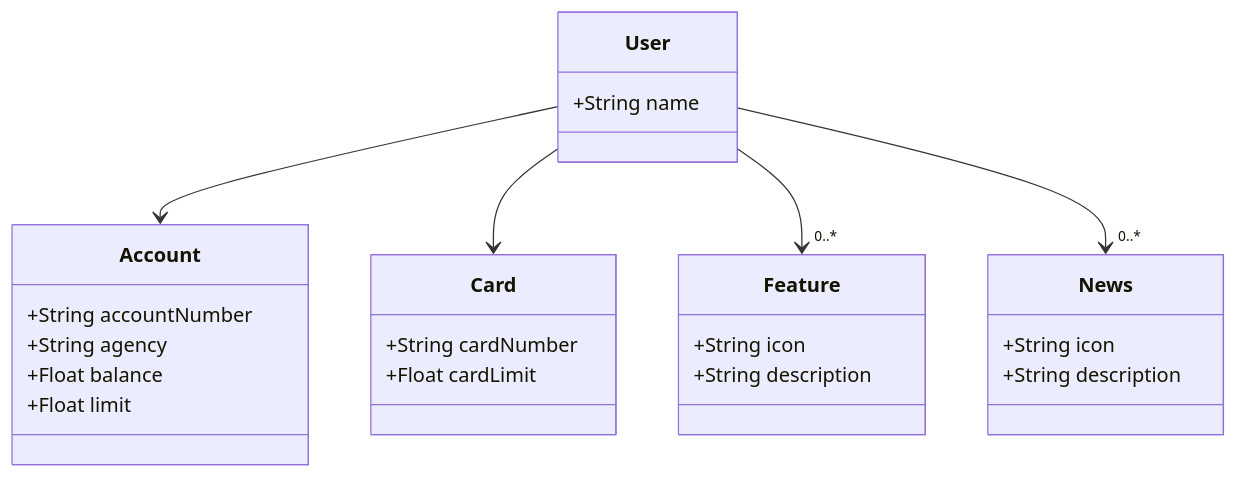
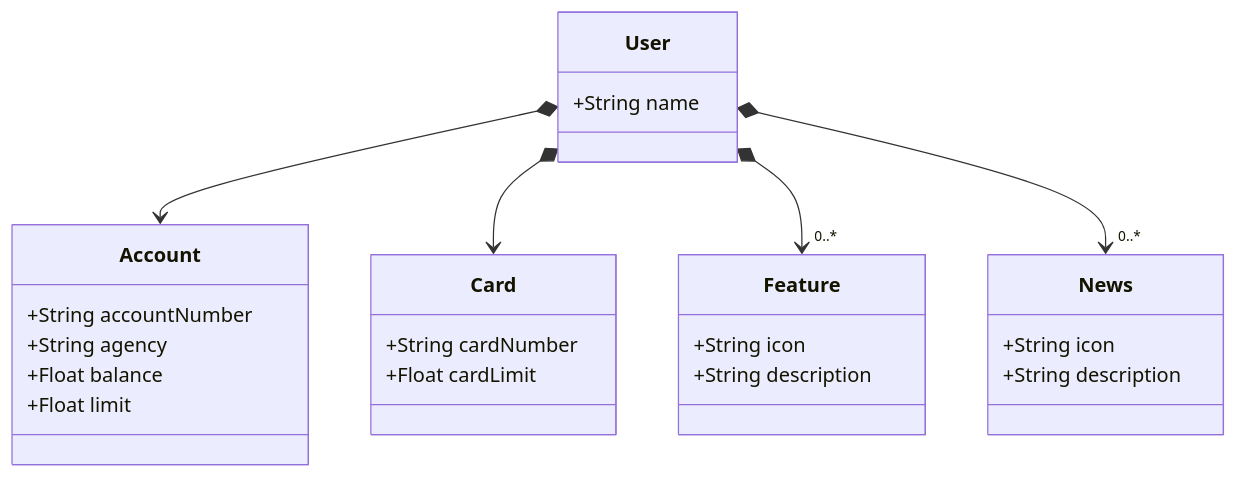
Before and after one commit to AnaBeatrizBentoSilva/dio-restful-api-santander-dev-week-2023: the diagram in README.md, drawn with Mermaid.

````diff
--- a/README.md
+++ b/README.md
@@ -6,33 +6,33 @@
 ```mermaid
 classDiagram
   class User {
     +String name
   }
 
   class Account {
     +String accountNumber
     +String agency
     +Float balance
     +Float limit
   }
 
   class Feature {
     +String icon
     +String description
   }
 
   class Card {
     +String cardNumber
     +Float cardLimit
   }
 
   class News {
     +String icon
     +String description
   }
 
-  User --> Account
-  User --> Card
-  User --> "0..*" Feature
-  User --> "0..*" News
+  User *--> Account
+  User *--> Card
+  User *--> "0..*" Feature
+  User *--> "0..*" News
 ```
````
